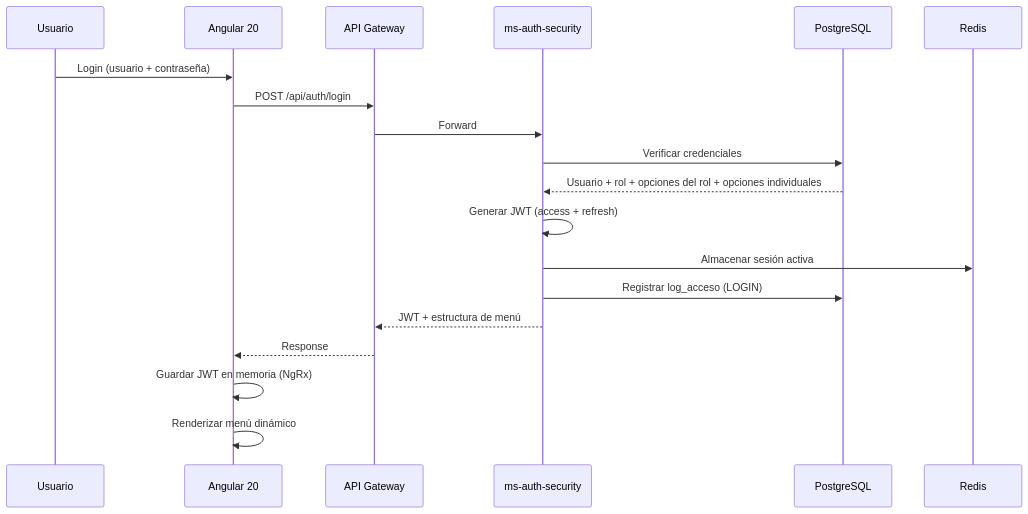
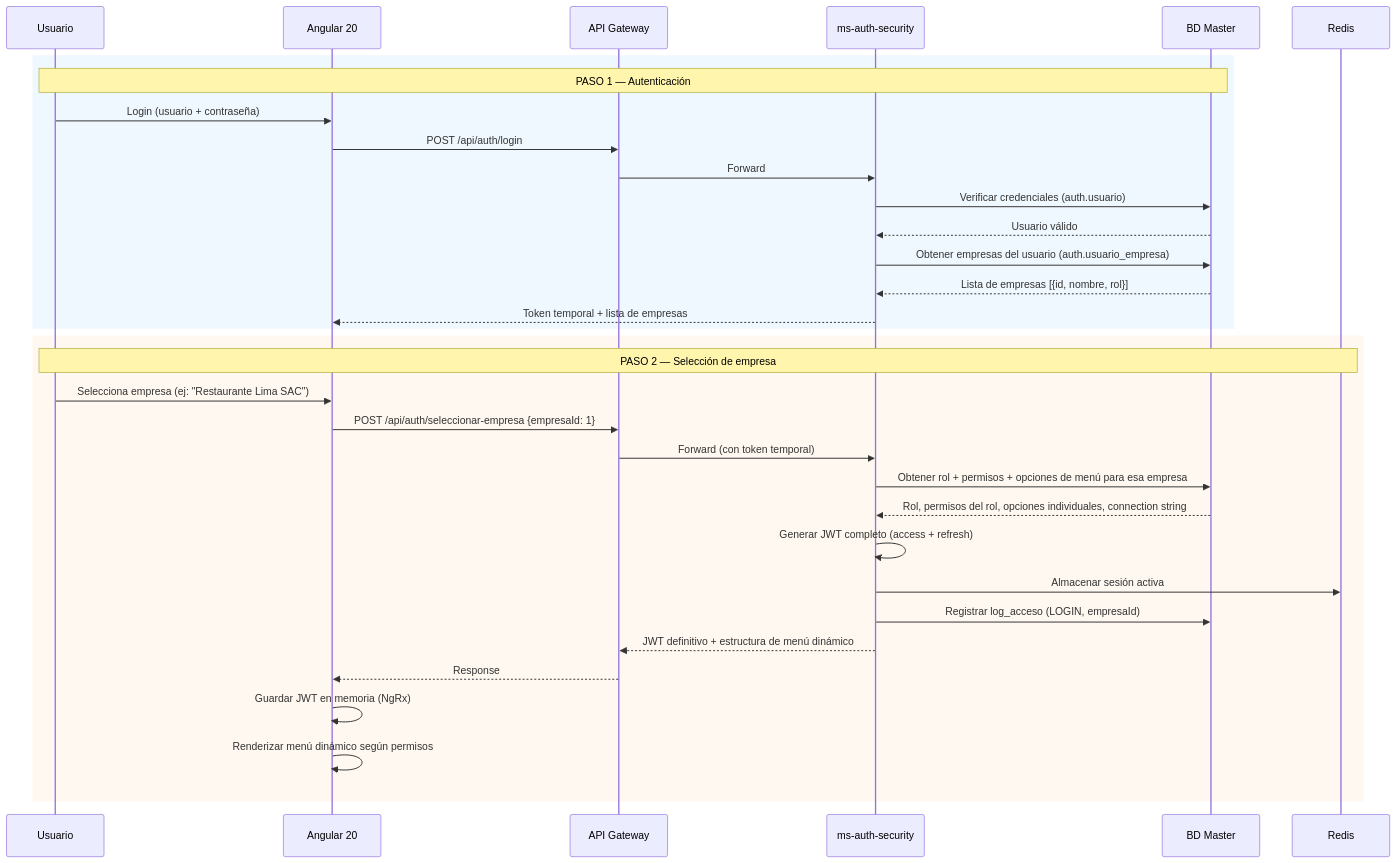
One commit to jramirezch1978/sigre_web changed the ninth of 52 diagrams in restaurante.pe/ARQUITECTURA_RESTAURANT_PE.md. Above: the diagram before and after it, drawn with Mermaid. The commit also changed other lines of this file and 1 other file, not shown here.

Commit message:
feat: Implementar estrategia Database-per-Tenant para multitenancy con BD master centralizada

````diff
--- a/restaurante.pe/ARQUITECTURA_RESTAURANT_PE.md
+++ b/restaurante.pe/ARQUITECTURA_RESTAURANT_PE.md
@@ -724,22 +1185,37 @@
 ```mermaid
 sequenceDiagram
     participant U as Usuario
     participant FE as Angular 20
     participant GW as API Gateway
     participant AUTH as ms-auth-security
-    participant DB as PostgreSQL
+    participant MASTER as BD Master
     participant REDIS as Redis
 
-    U->>FE: Login (usuario + contraseña)
-    FE->>GW: POST /api/auth/login
-    GW->>AUTH: Forward
-    AUTH->>DB: Verificar credenciales
-    DB-->>AUTH: Usuario + rol + opciones del rol + opciones individuales
-    AUTH->>AUTH: Generar JWT (access + refresh)
-    AUTH->>REDIS: Almacenar sesión activa
-    AUTH->>DB: Registrar log_acceso (LOGIN)
-    AUTH-->>GW: JWT + estructura de menú
-    GW-->>FE: Response
-    FE->>FE: Guardar JWT en memoria (NgRx)
-    FE->>FE: Renderizar menú dinámico
+    rect rgb(240, 248, 255)
+        Note over U,MASTER: PASO 1 — Autenticación
+        U->>FE: Login (usuario + contraseña)
+        FE->>GW: POST /api/auth/login
+        GW->>AUTH: Forward
+        AUTH->>MASTER: Verificar credenciales (auth.usuario)
+        MASTER-->>AUTH: Usuario válido
+        AUTH->>MASTER: Obtener empresas del usuario (auth.usuario_empresa)
+        MASTER-->>AUTH: Lista de empresas [{id, nombre, rol}]
+        AUTH-->>FE: Token temporal + lista de empresas
+    end
+
+    rect rgb(255, 248, 240)
+        Note over U,REDIS: PASO 2 — Selección de empresa
+        U->>FE: Selecciona empresa (ej: "Restaurante Lima SAC")
+        FE->>GW: POST /api/auth/seleccionar-empresa {empresaId: 1}
+        GW->>AUTH: Forward (con token temporal)
+        AUTH->>MASTER: Obtener rol + permisos + opciones de menú para esa empresa
+        MASTER-->>AUTH: Rol, permisos del rol, opciones individuales, connection string
+        AUTH->>AUTH: Generar JWT completo (access + refresh)
+        AUTH->>REDIS: Almacenar sesión activa
+        AUTH->>MASTER: Registrar log_acceso (LOGIN, empresaId)
+        AUTH-->>GW: JWT definitivo + estructura de menú dinámico
+        GW-->>FE: Response
+        FE->>FE: Guardar JWT en memoria (NgRx)
+        FE->>FE: Renderizar menú dinámico según permisos
+    end
 ```
````
